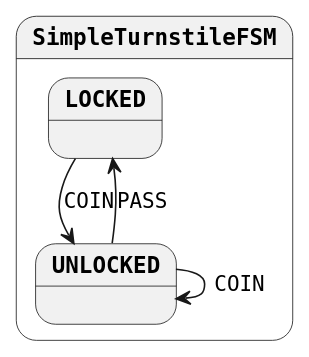
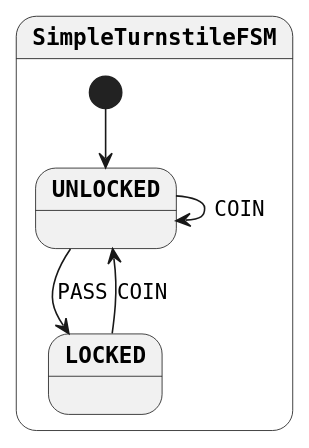
The diagram in generated-parsed/simple-turnstile-simple.plantuml (open-jumpco/kfsm-viz), drawn with PlantUML before and after one commit. The commit also changed 34 other files, not shown here.

```diff
--- a/generated-parsed/simple-turnstile-simple.plantuml
+++ b/generated-parsed/simple-turnstile-simple.plantuml
@@ -1,14 +1,15 @@
 @startuml
 skinparam monochrome true
 skinparam StateFontName Helvetica
 skinparam defaultFontName Monospaced
 skinparam defaultFontStyle Bold
 skinparam state {
     FontStyle Bold
 }
 state SimpleTurnstileFSM {
+[*] --> UNLOCKED
 LOCKED --> UNLOCKED : COIN
 UNLOCKED --> LOCKED : PASS
 UNLOCKED --> UNLOCKED : COIN
 }
 @enduml
```
